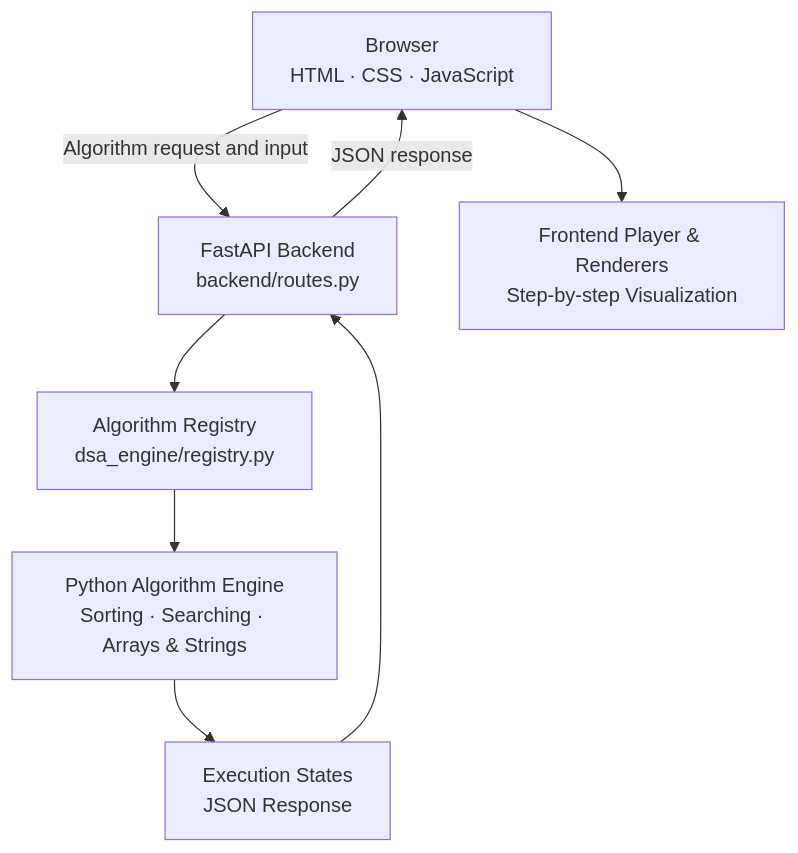
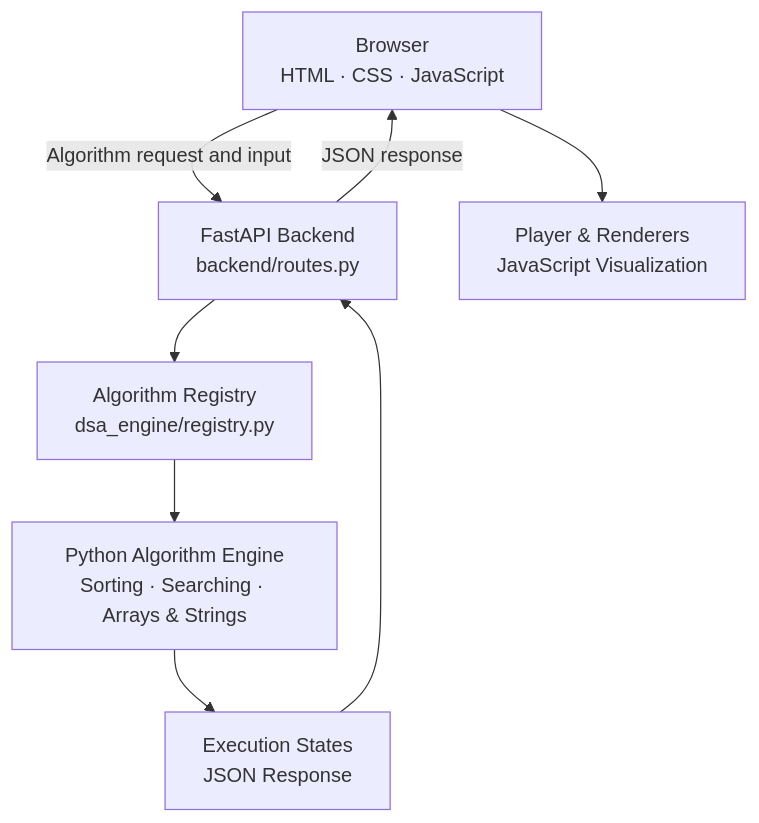
Before and after one commit to Chandni-R53/DSA-Virtual-Lab: the diagram in README.md, drawn with Mermaid. The commit also changed other lines of this file, not shown here.

````diff
--- a/README.md
+++ b/README.md
@@ -74,17 +77,17 @@
 ```mermaid
 flowchart TD
     A["Browser<br/>HTML · CSS · JavaScript"]
     B["FastAPI Backend<br/>backend/routes.py"]
     C["Algorithm Registry<br/>dsa_engine/registry.py"]
     D["Python Algorithm Engine<br/>Sorting · Searching · Arrays & Strings"]
     E["Execution States<br/>JSON Response"]
-    F["Frontend Player & Renderers<br/>Step-by-step Visualization"]
+    F["Player & Renderers<br/>JavaScript Visualization"]
 
     A -->|"Algorithm request and input"| B
     B --> C
     C --> D
     D --> E
     E --> B
     B -->|"JSON response"| A
     A --> F
 ```
````
